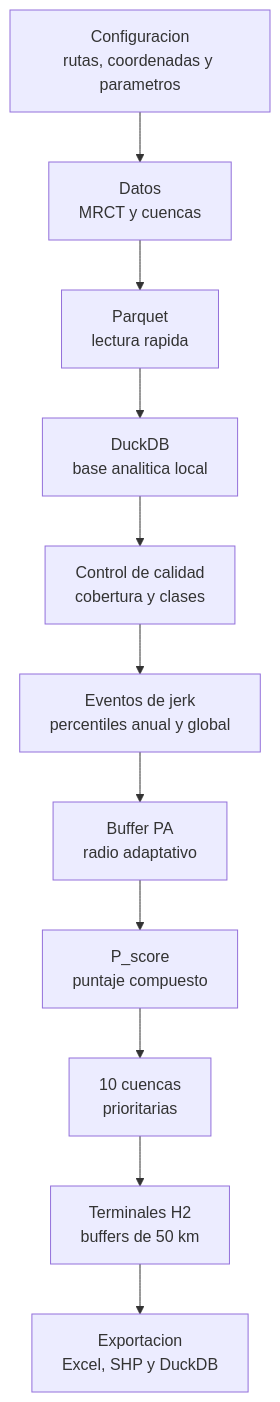
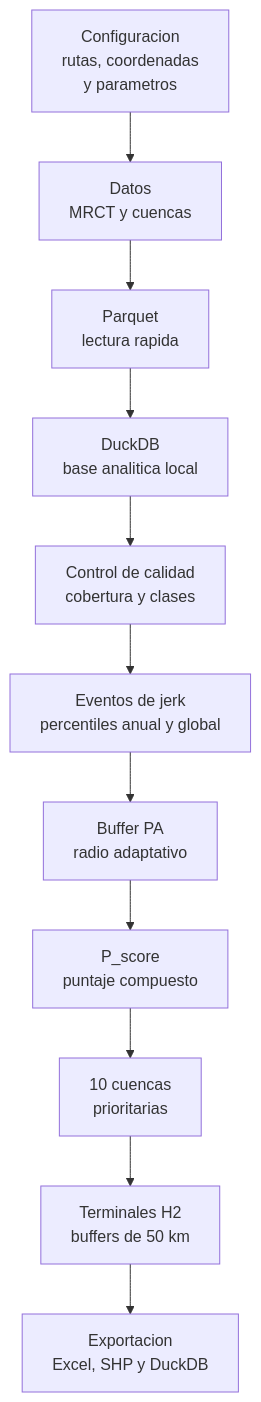
The second of 3 diagrams in jerk.qmd (CIT-UAI/Book-MRCT), drawn with Mermaid before and after one commit. The commit also changed other lines of this file and 9 other files, not shown here.

Commit message:
fix diagramas

````diff
--- a/jerk.qmd
+++ b/jerk.qmd
@@ -78,15 +78,15 @@
 ```{mermaid}
 %%| label: fig-flujo-base-jerk
 %%| fig-cap: "Flujo lineal de construcción de la base analítica y productos de priorización."
 flowchart TB
-  config["Configuracion<br/>rutas, coordenadas y parametros"] --> data["Datos<br/>MRCT y cuencas"]
+  config["Configuracion<br/>rutas, coordenadas  <br/>y parametros"] --> data["Datos<br/>MRCT y cuencas"]
   data --> parquet["Parquet<br/>lectura rapida"]
   parquet --> duck["DuckDB<br/>base analitica local"]
   duck --> qc["Control de calidad<br/>cobertura y clases"]
   qc --> events["Eventos de jerk<br/>percentiles anual y global"]
   events --> buffer["Buffer PA<br/>radio adaptativo"]
   buffer --> score["P_score<br/>puntaje compuesto"]
   score --> top10["10 cuencas<br/>prioritarias"]
   top10 --> terminals["Terminales H2<br/>buffers de 50 km"]
   terminals --> export["Exportacion<br/>Excel, SHP y DuckDB"]
 ```
````
